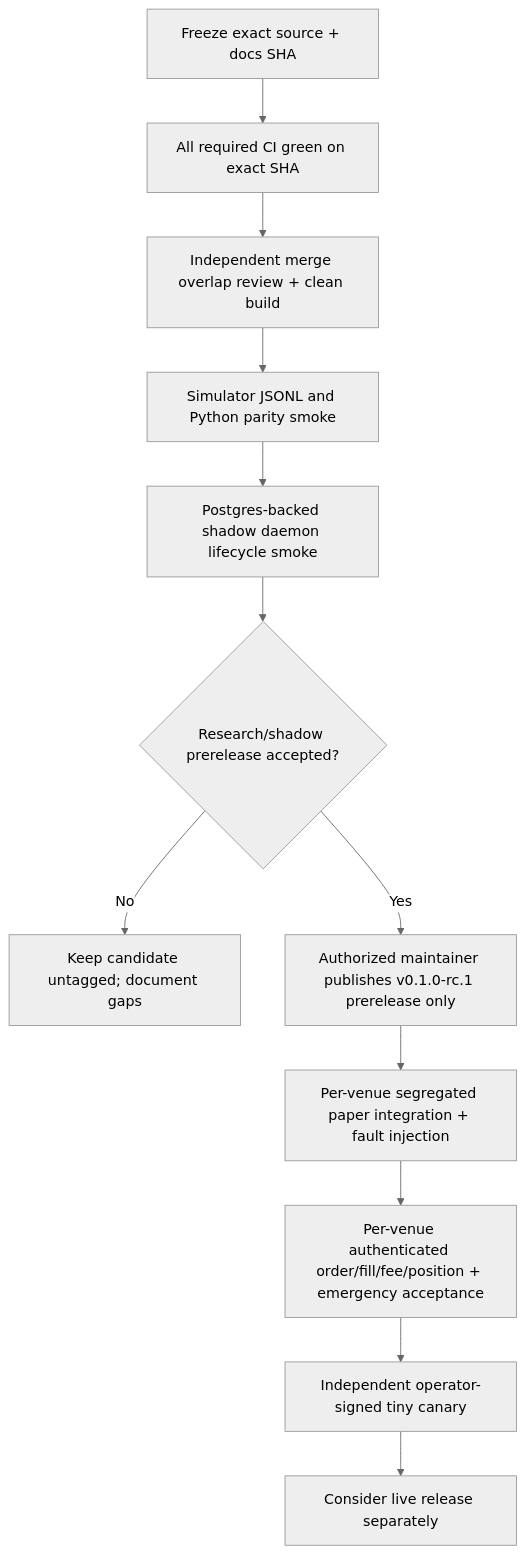
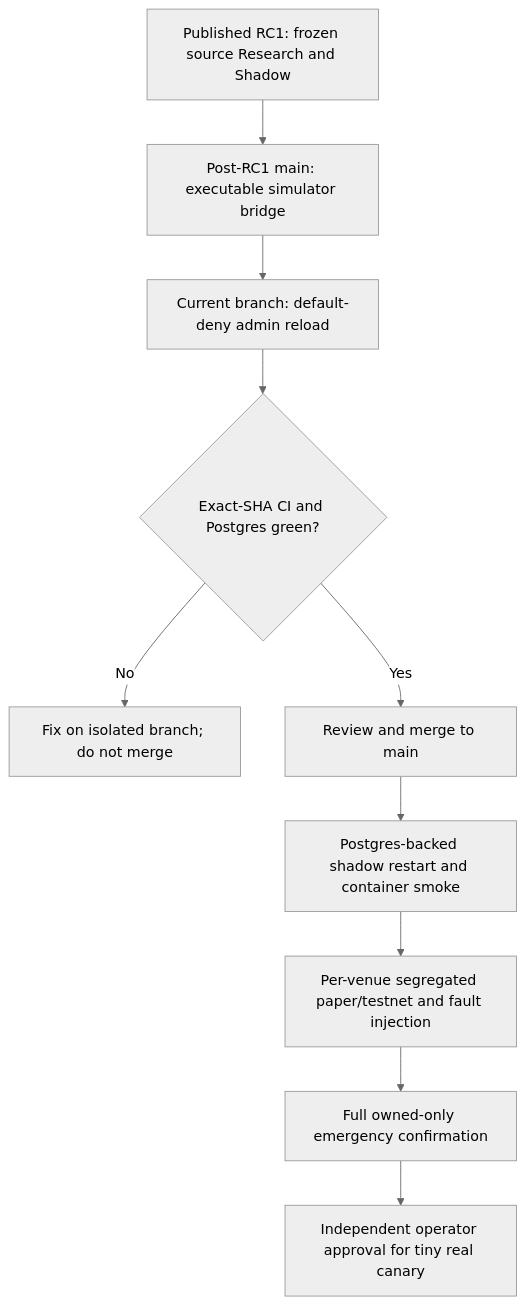
Before and after one commit to xxxxxwater/pg-tsy-core-bootstrap: the diagram in docs/STATUS.md, drawn with Mermaid (neutral theme). The commit also changed other lines of this file, not shown here.

Commit message:
docs(status): reflect published RC1, merged simulator bridge and guarded admin route

````diff
--- a/docs/STATUS.md
+++ b/docs/STATUS.md
@@ -41,14 +29,12 @@
 ```mermaid
 flowchart TD
-  A[Freeze exact source + docs SHA] --> B[All required CI green on exact SHA]
-  B --> C[Independent merge overlap review + clean build]
-  C --> D[Simulator JSONL and Python parity smoke]
-  D --> E[Postgres-backed shadow daemon lifecycle smoke]
-  E --> F{Research/shadow prerelease accepted?}
-  F -->|No| N[Keep candidate untagged; document gaps]
-  F -->|Yes| RC[Authorized maintainer publishes v0.1.0-rc.1 prerelease only]
-  RC --> G[Per-venue segregated paper integration + fault injection]
-  G --> H[Per-venue authenticated order/fill/fee/position + emergency acceptance]
-  H --> I[Independent operator-signed tiny canary]
-  I --> J[Consider live release separately]
+  RC1[Published RC1: frozen source Research and Shadow] --> MAIN[Post-RC1 main: executable simulator bridge]
+  MAIN --> AUTH[Current branch: default-deny admin reload]
+  AUTH --> CHECK{Exact-SHA CI and Postgres green?}
+  CHECK -->|No| FIX[Fix on isolated branch; do not merge]
+  CHECK -->|Yes| MERGE[Review and merge to main]
+  MERGE --> SHADOW[Postgres-backed shadow restart and container smoke]
+  SHADOW --> PAPER[Per-venue segregated paper/testnet and fault injection]
+  PAPER --> EMERGENCY[Full owned-only emergency confirmation]
+  EMERGENCY --> OPERATOR[Independent operator approval for tiny real canary]
 ```
````
